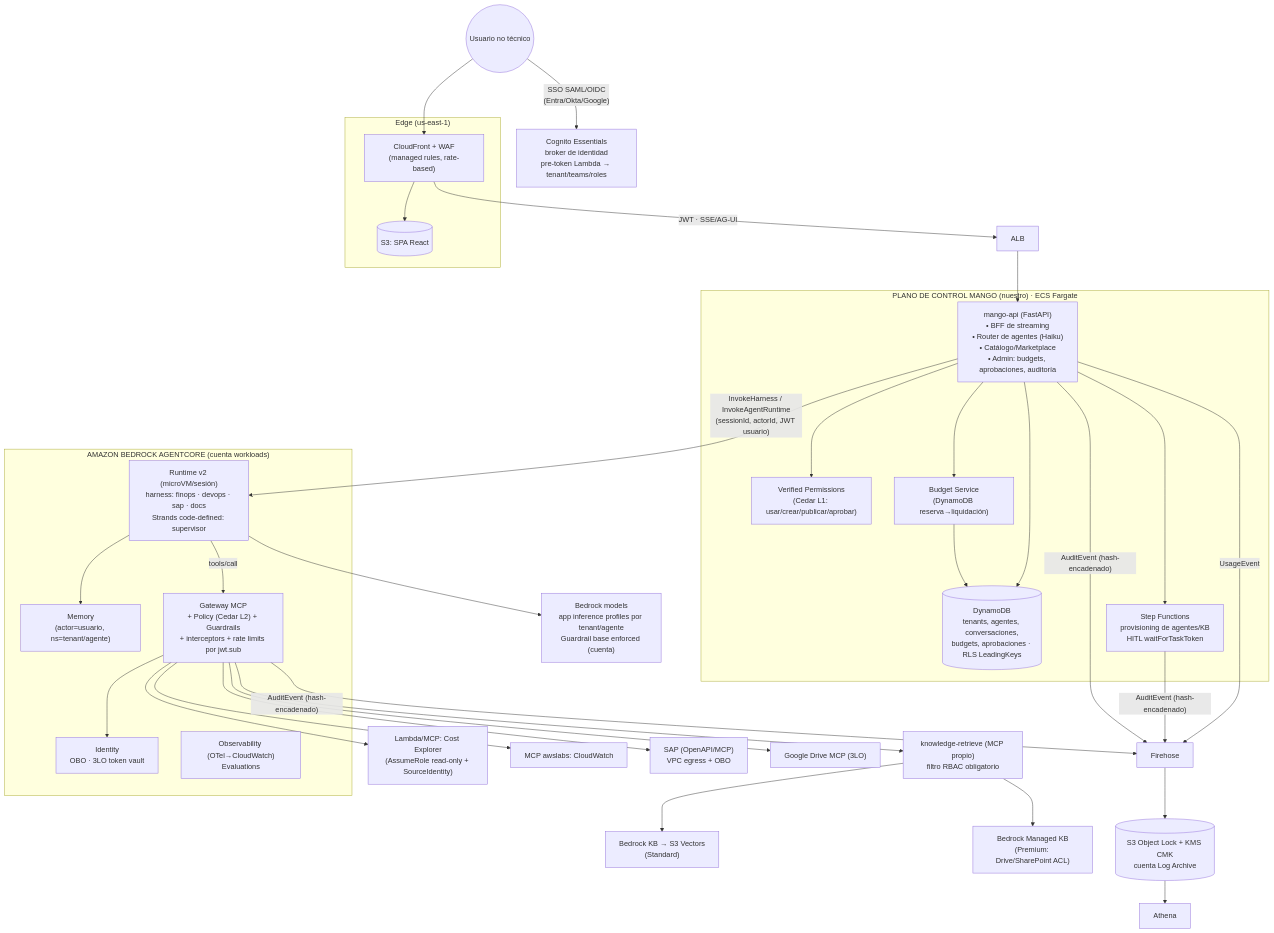
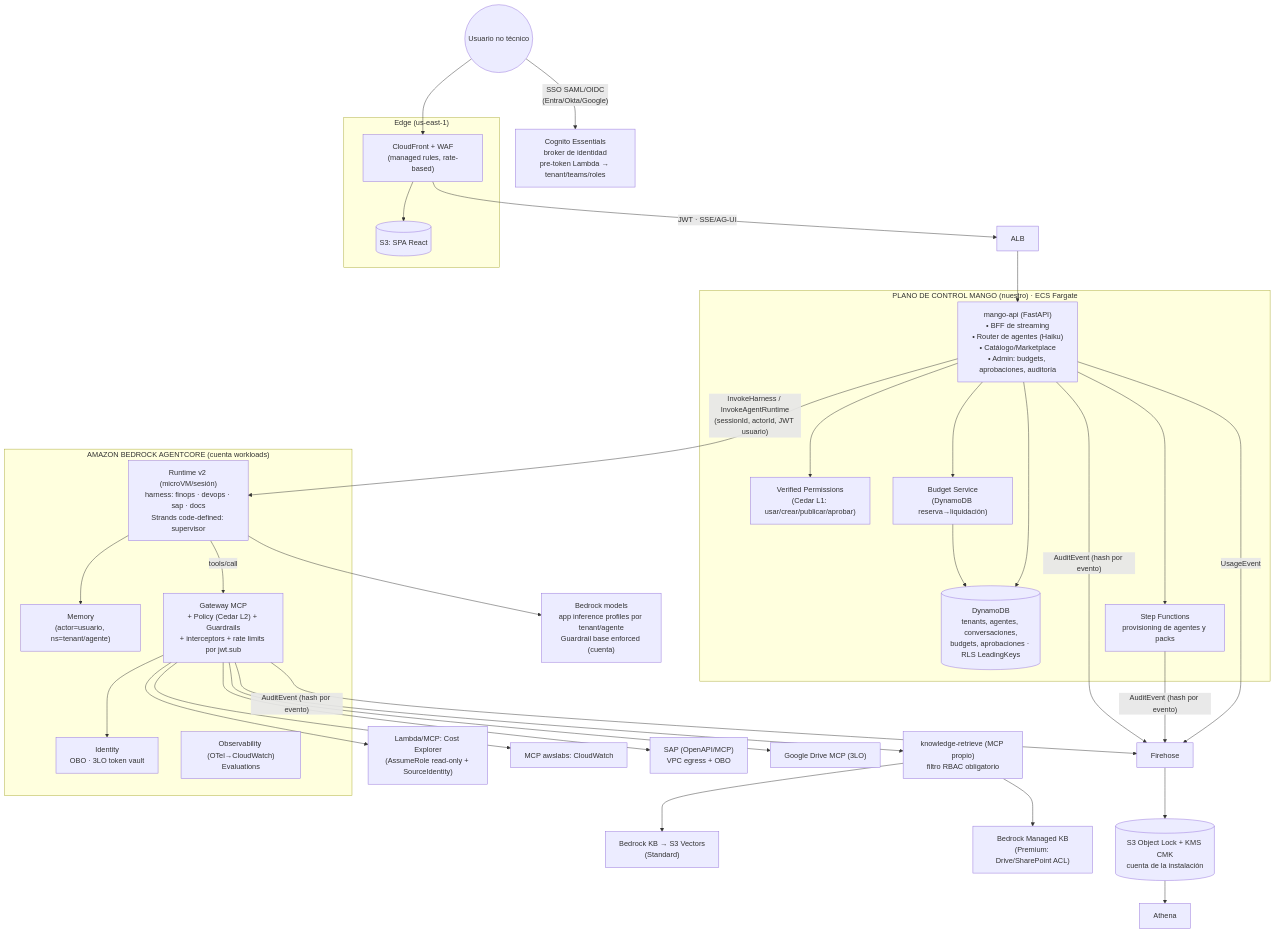
The first of 2 diagrams in docs/architecture/reference-architecture.md (jhonmezaa/mango), drawn with Mermaid before and after one commit. The commit also changed other lines of this file, not shown here.

First line of the commit message:
docs(architecture): the reference architecture says what exists and stops contradicting its decisions

````diff
--- a/docs/architecture/reference-architecture.md
+++ b/docs/architecture/reference-architecture.md
@@ -63,51 +107,51 @@
 ```mermaid
 flowchart TB
   subgraph Edge["Edge (us-east-1)"]
     CF["CloudFront + WAF<br/>(managed rules, rate-based)"]
     SPA[("S3: SPA React")]
   end
 
   U(("Usuario no técnico")) --> CF --> SPA
   U -- "SSO SAML/OIDC<br/>(Entra/Okta/Google)" --> COG["Cognito Essentials<br/>broker de identidad<br/>pre-token Lambda → tenant/teams/roles"]
 
   CF -- "JWT · SSE/AG-UI" --> ALB["ALB"] --> API
 
   subgraph CP["PLANO DE CONTROL MANGO (nuestro) · ECS Fargate"]
     API["mango-api (FastAPI)<br/>• BFF de streaming<br/>• Router de agentes (Haiku)<br/>• Catálogo/Marketplace<br/>• Admin: budgets, aprobaciones, auditoría"]
     AVP["Verified Permissions<br/>(Cedar L1: usar/crear/publicar/aprobar)"]
     BUD["Budget Service<br/>(DynamoDB reserva→liquidación)"]
     DDB[("DynamoDB<br/>tenants, agentes, conversaciones,<br/>budgets, aprobaciones · RLS LeadingKeys")]
-    SFN["Step Functions<br/>provisioning de agentes/KB<br/>HITL waitForTaskToken"]
+    SFN["Step Functions<br/>provisioning de agentes y packs"]
   end
 
   API --> AVP
   API --> BUD --> DDB
   API --> DDB
   API --> SFN
 
   API -- "InvokeHarness / InvokeAgentRuntime<br/>(sessionId, actorId, JWT usuario)" --> RT
 
   subgraph AC["AMAZON BEDROCK AGENTCORE (cuenta workloads)"]
     RT["Runtime v2 (microVM/sesión)<br/>harness: finops · devops · sap · docs<br/>Strands code-defined: supervisor"]
     MEM["Memory<br/>(actor=usuario, ns=tenant/agente)"]
     GW["Gateway MCP<br/>+ Policy (Cedar L2) + Guardrails<br/>+ interceptors + rate limits por jwt.sub"]
     ID["Identity<br/>OBO · 3LO token vault"]
     OBS["Observability (OTel→CloudWatch)<br/>Evaluations"]
   end
 
   RT --> MEM
   RT -- "tools/call" --> GW
   GW --> ID
   RT --> BR["Bedrock models<br/>app inference profiles por tenant/agente<br/>Guardrail base enforced (cuenta)"]
 
   GW --> T1["Lambda/MCP: Cost Explorer<br/>(AssumeRole read-only + SourceIdentity)"]
   GW --> T2["MCP awslabs: CloudWatch"]
   GW --> T3["SAP (OpenAPI/MCP)<br/>VPC egress + OBO"]
   GW --> T4["Google Drive MCP (3LO)"]
   GW --> KR["knowledge-retrieve (MCP propio)<br/>filtro RBAC obligatorio"]
   KR --> KB1["Bedrock KB → S3 Vectors<br/>(Standard)"]
   KR --> KB2["Bedrock Managed KB<br/>(Premium: Drive/SharePoint ACL)"]
 
-  API & GW & SFN -- "AuditEvent (hash-encadenado)" --> FH["Firehose"] --> S3A[("S3 Object Lock + KMS CMK<br/>cuenta Log Archive")] --> ATH["Athena"]
+  API & GW & SFN -- "AuditEvent (hash por evento)" --> FH["Firehose"] --> S3A[("S3 Object Lock + KMS CMK<br/>cuenta de la instalación")] --> ATH["Athena"]
   API -- "UsageEvent" --> FH
 ```
````
